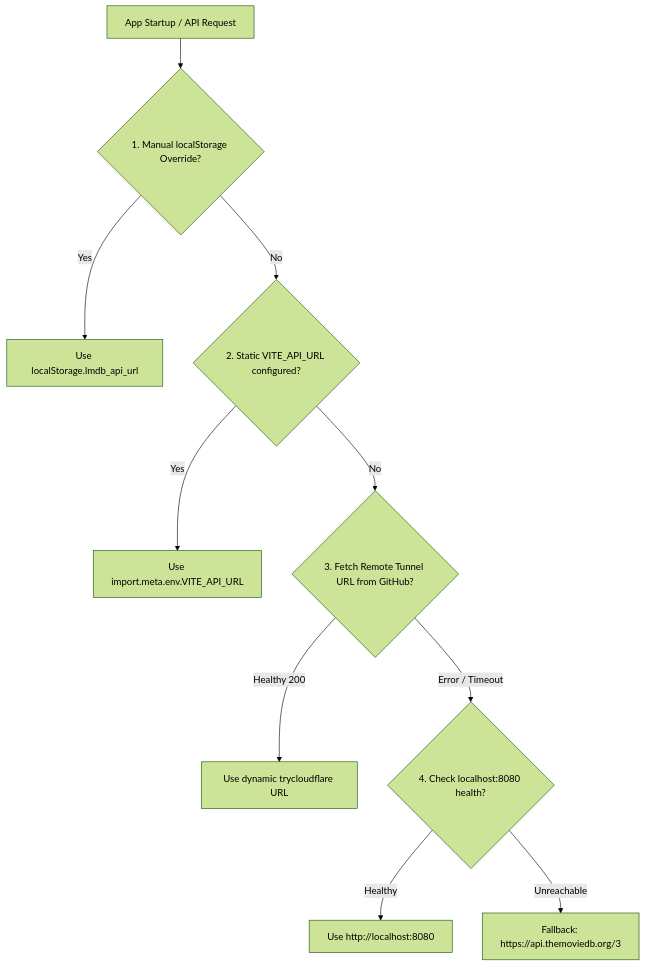
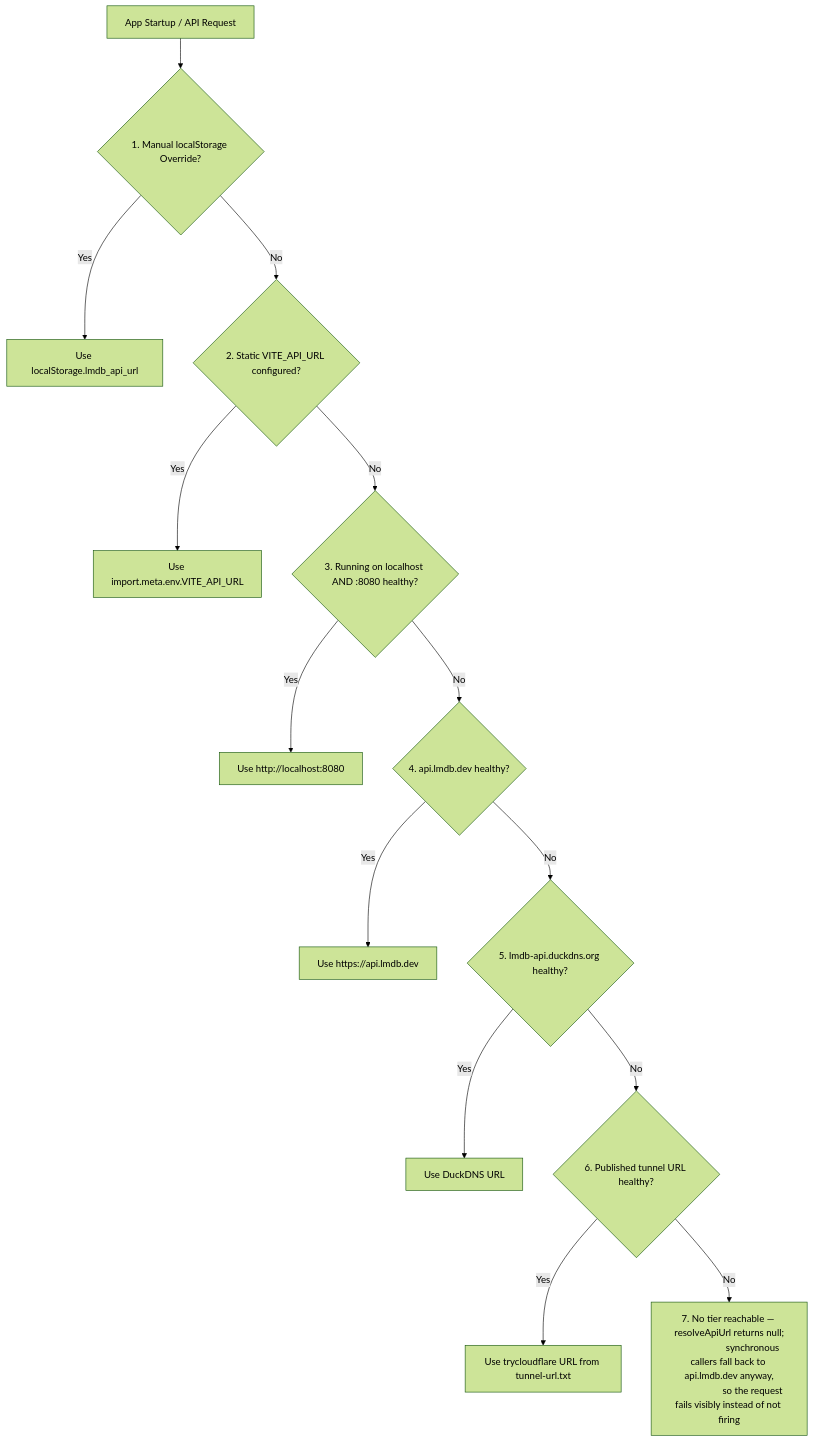
The first of 2 diagrams in frontend/lmdb/FRONTEND_ARCHITECTURE.md (liviuionesi/lmdb.dev), drawn with Mermaid (forest theme) before and after one commit. The commit also changed other lines of this file and 4 other files, not shown here.

````diff
--- a/frontend/lmdb/FRONTEND_ARCHITECTURE.md
+++ b/frontend/lmdb/FRONTEND_ARCHITECTURE.md
@@ -59,12 +59,18 @@
 ```mermaid
 flowchart TD
     A[App Startup / API Request] --> B{1. Manual localStorage Override?}
     B -- Yes --> C[Use localStorage.lmdb_api_url]
     B -- No --> D{2. Static VITE_API_URL configured?}
     D -- Yes --> E[Use import.meta.env.VITE_API_URL]
-    D -- No --> F{3. Fetch Remote Tunnel URL from GitHub?}
-    F -- Healthy 200 --> G[Use dynamic trycloudflare URL]
-    F -- Error / Timeout --> H{4. Check localhost:8080 health?}
-    H -- Healthy --> I[Use http://localhost:8080]
-    H -- Unreachable --> J[Fallback: https://api.themoviedb.org/3]
+    D -- No --> F{3. Running on localhost AND :8080 healthy?}
+    F -- Yes --> G[Use http://localhost:8080]
+    F -- No --> H{4. api.lmdb.dev healthy?}
+    H -- Yes --> I[Use https://api.lmdb.dev]
+    H -- No --> J{5. lmdb-api.duckdns.org healthy?}
+    J -- Yes --> K[Use DuckDNS URL]
+    J -- No --> L{6. Published tunnel URL healthy?}
+    L -- Yes --> M[Use trycloudflare URL from tunnel-url.txt]
+    L -- No --> N[7. No tier reachable — resolveApiUrl returns null;
+                    synchronous callers fall back to api.lmdb.dev anyway,
+                    so the request fails visibly instead of not firing]
 ```
````
